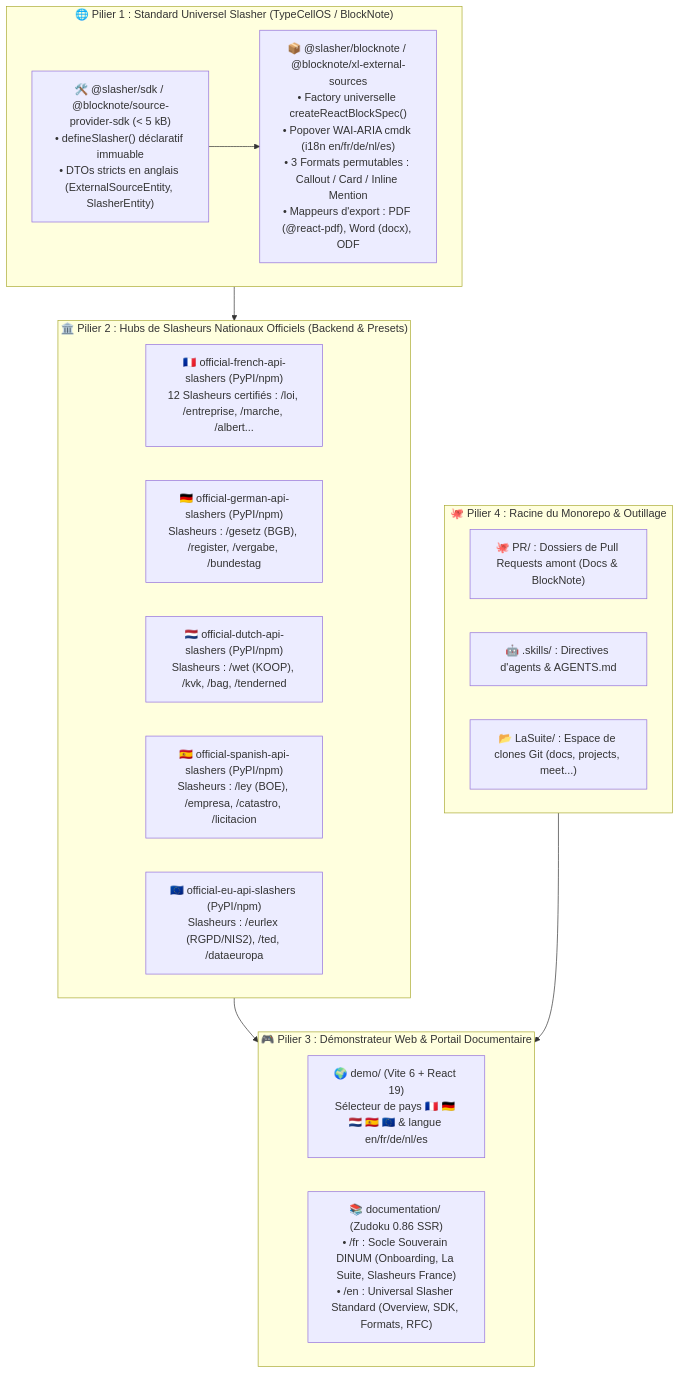
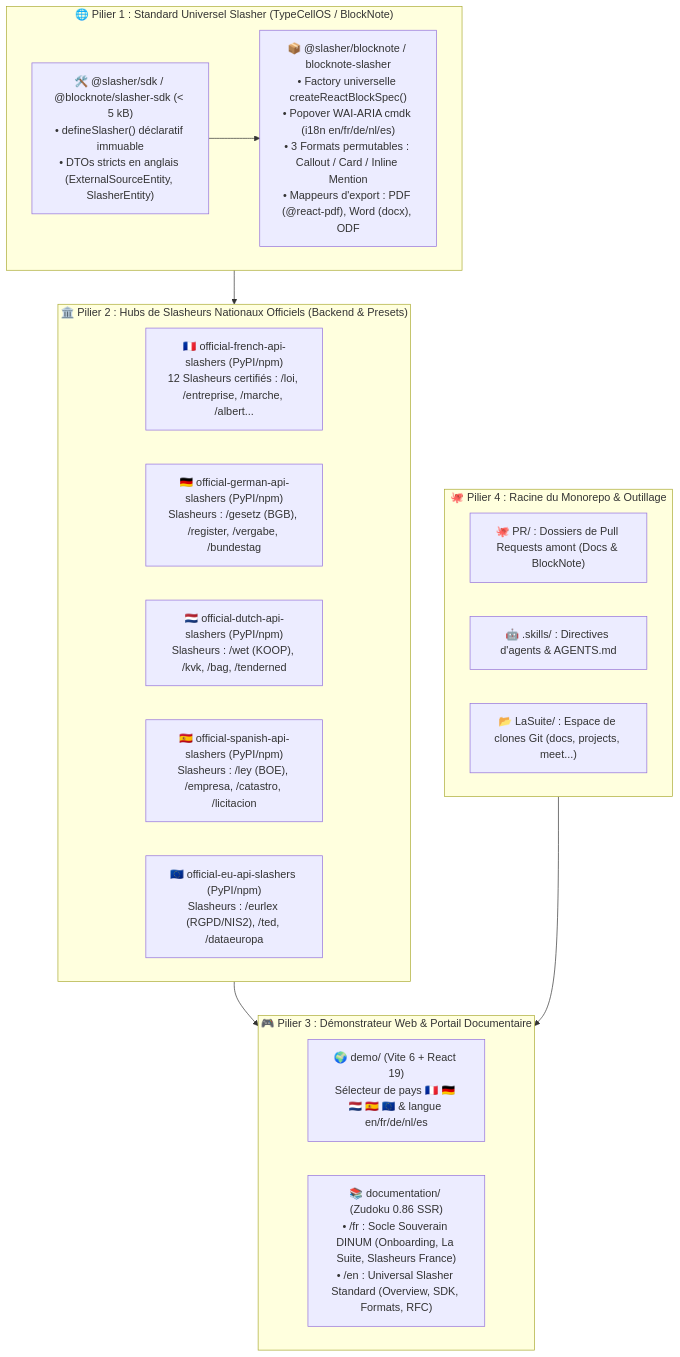
Before and after one commit to waxland/dinum-setup: the diagram in LAST_ITERATION.md, drawn with Mermaid. The commit also changed other lines of this file and 6 other files, not shown here.

````diff
--- a/LAST_ITERATION.md
+++ b/LAST_ITERATION.md
@@ -15,31 +26,31 @@
 ```mermaid
 flowchart TD
     subgraph Layer1["🌐 Pilier 1 : Standard Universel Slasher (TypeCellOS / BlockNote)"]
-        SDK["🛠️ @slasher/sdk / @blocknote/source-provider-sdk (&lt; 5 kB)<br/>• defineSlasher() déclaratif immuable<br/>• DTOs stricts en anglais (ExternalSourceEntity, SlasherEntity)"]
-        UI_Core["📦 @slasher/blocknote / @blocknote/xl-external-sources<br/>• Factory universelle createReactBlockSpec()<br/>• Popover WAI-ARIA cmdk (i18n en/fr/de/nl/es)<br/>• 3 Formats permutables : Callout / Card / Inline Mention<br/>• Mappeurs d'export : PDF (@react-pdf), Word (docx), ODF"]
+        SDK["🛠️ @slasher/sdk / @blocknote/slasher-sdk (&lt; 5 kB)<br/>• defineSlasher() déclaratif immuable<br/>• DTOs stricts en anglais (ExternalSourceEntity, SlasherEntity)"]
+        UI_Core["📦 @slasher/blocknote / blocknote-slasher<br/>• Factory universelle createReactBlockSpec()<br/>• Popover WAI-ARIA cmdk (i18n en/fr/de/nl/es)<br/>• 3 Formats permutables : Callout / Card / Inline Mention<br/>• Mappeurs d'export : PDF (@react-pdf), Word (docx), ODF"]
         SDK --> UI_Core
     end
 
     subgraph Layer2["🏛️ Pilier 2 : Hubs de Slasheurs Nationaux Officiels (Backend & Presets)"]
         FR["🇫🇷 official-french-api-slashers (PyPI/npm)<br/>12 Slasheurs certifiés : /loi, /entreprise, /marche, /albert..."]
         DE["🇩🇪 official-german-api-slashers (PyPI/npm)<br/>Slasheurs : /gesetz (BGB), /register, /vergabe, /bundestag"]
         NL["🇳🇱 official-dutch-api-slashers (PyPI/npm)<br/>Slasheurs : /wet (KOOP), /kvk, /bag, /tenderned"]
         ES["🇪🇸 official-spanish-api-slashers (PyPI/npm)<br/>Slasheurs : /ley (BOE), /empresa, /catastro, /licitacion"]
         EU["🇪🇺 official-eu-api-slashers (PyPI/npm)<br/>Slasheurs : /eurlex (RGPD/NIS2), /ted, /dataeuropa"]
     end
 
     subgraph Layer3["🎮 Pilier 3 : Démonstrateur Web & Portail Documentaire"]
         Demo["🌍 demo/ (Vite 6 + React 19)<br/>Sélecteur de pays 🇫🇷 🇩🇪 🇳🇱 🇪🇸 🇪🇺 & langue en/fr/de/nl/es"]
         Docs["📚 documentation/ (Zudoku 0.86 SSR)<br/>• /fr : Socle Souverain DINUM (Onboarding, La Suite, Slasheurs France)<br/>• /en : Universal Slasher Standard (Overview, SDK, Formats, RFC)"]
     end
 
     subgraph Layer4["🐙 Pilier 4 : Racine du Monorepo & Outillage"]
         PR_Root["🐙 PR/ : Dossiers de Pull Requests amont (Docs & BlockNote)"]
         Skills_Root["🤖 .skills/ : Directives d'agents & AGENTS.md"]
         LaSuite_Root["📂 LaSuite/ : Espace de clones Git (docs, projects, meet...)"]
     end
 
     Layer1 --> Layer2
     Layer2 --> Layer3
     Layer4 --> Layer3
 ```
````
